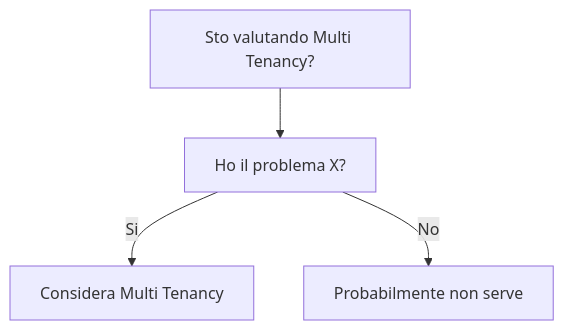
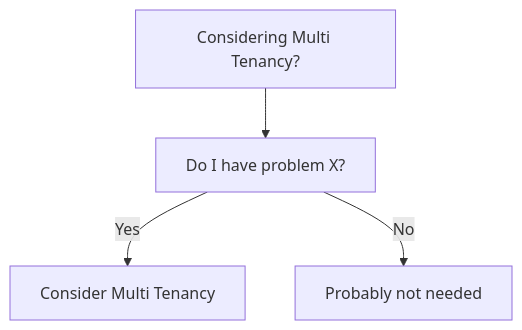
One commit to HxT9/Software-Dev-Wiki changed the diagram in dev-wiki/21_Cloud_Native/Multi_Tenancy/When_To_Use.md. Above: the diagram before and after it, drawn with Mermaid. The commit also changed other lines of this file and 3444 other files, not shown here.

````diff
--- a/dev-wiki/21_Cloud_Native/Multi_Tenancy/When_To_Use.md
+++ b/dev-wiki/21_Cloud_Native/Multi_Tenancy/When_To_Use.md
@@ -19,6 +19,6 @@
 ```mermaid
 flowchart TD
-  Q[Sto valutando Multi Tenancy?] --> Q1[Ho il problema X?]
-  Q1 -->|Si| OK[Considera Multi Tenancy]
-  Q1 -->|No| NO[Probabilmente non serve]
+  Q[Considering Multi Tenancy?] --> Q1[Do I have problem X?]
+  Q1 -->|Yes| OK[Consider Multi Tenancy]
+  Q1 -->|No| NO[Probably not needed]
 ```
````
